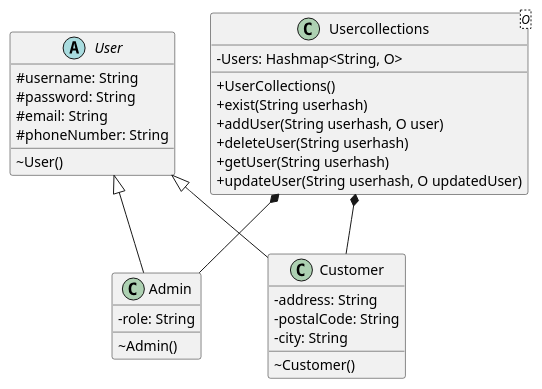
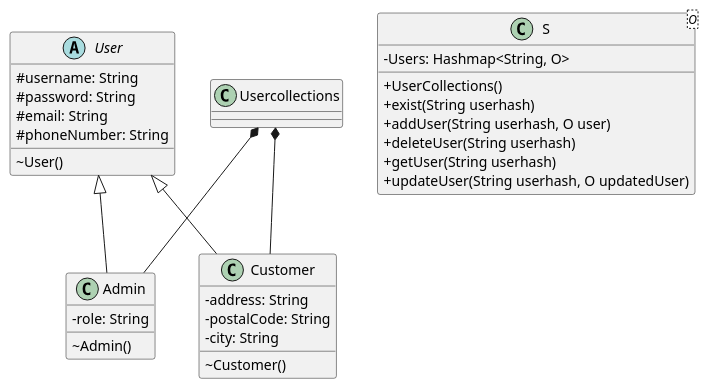
Before and after one commit to nhumam123/FinalProjectOOPs3: the diagram in src/uml.puml, drawn with PlantUML. The commit also changed 2 other files, not shown here.

```diff
--- a/src/uml.puml
+++ b/src/uml.puml
@@ -2,40 +2,39 @@
 @startuml
 skinparam classAttributeIconSize 0
 abstract User {
     #username: String
     #password: String
     #email: String
     #phoneNumber: String
     ~User()
-
 }
 
 class Admin{
     -role: String
     ~Admin()
 }
 
 class Customer{
     -address: String
     -postalCode: String
     -city: String
     ~Customer()
 
 }
 
-class Usercollections<O> {
+class S<O> {
     -Users: Hashmap<String, O>
     +UserCollections()
     +exist(String userhash)
     +addUser(String userhash, O user)
     +deleteUser(String userhash)
     +getUser(String userhash)
     +updateUser(String userhash, O updatedUser)
 
 }
 
 User <|-- Admin
 User <|-- Customer
 Usercollections *-- Admin
 Usercollections *-- Customer
 @enduml
```
